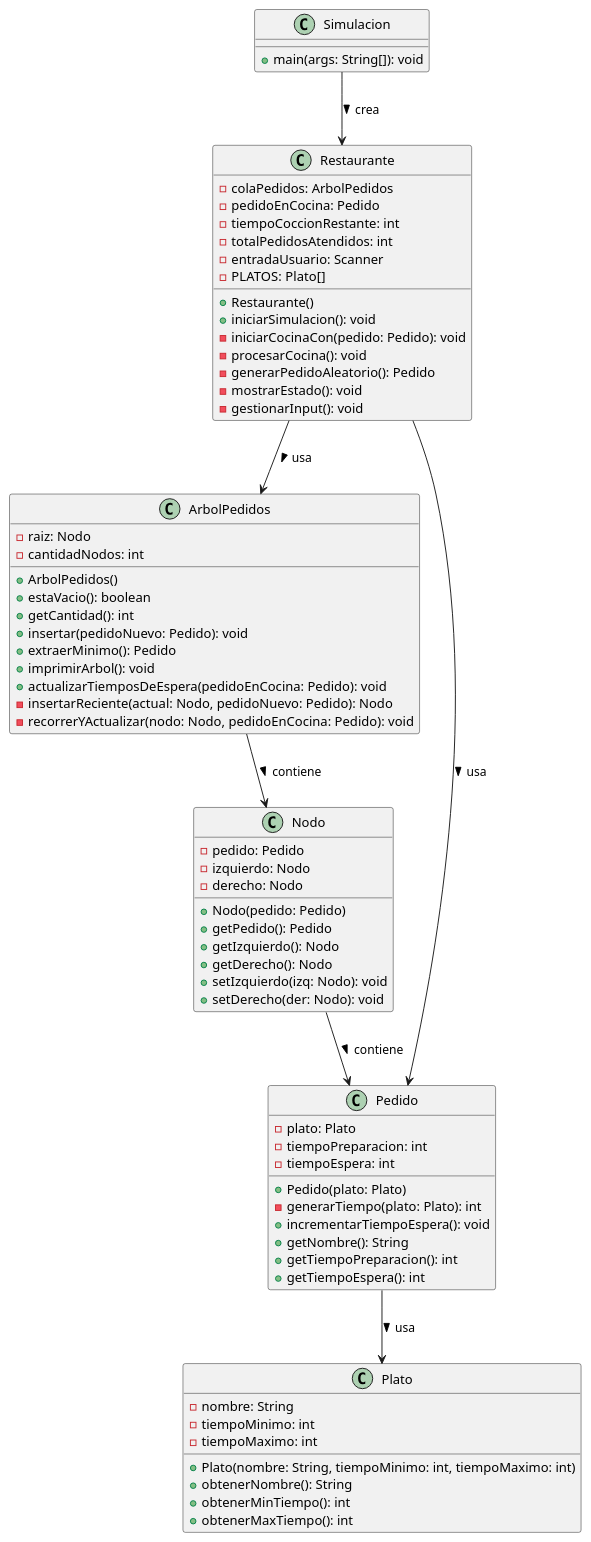
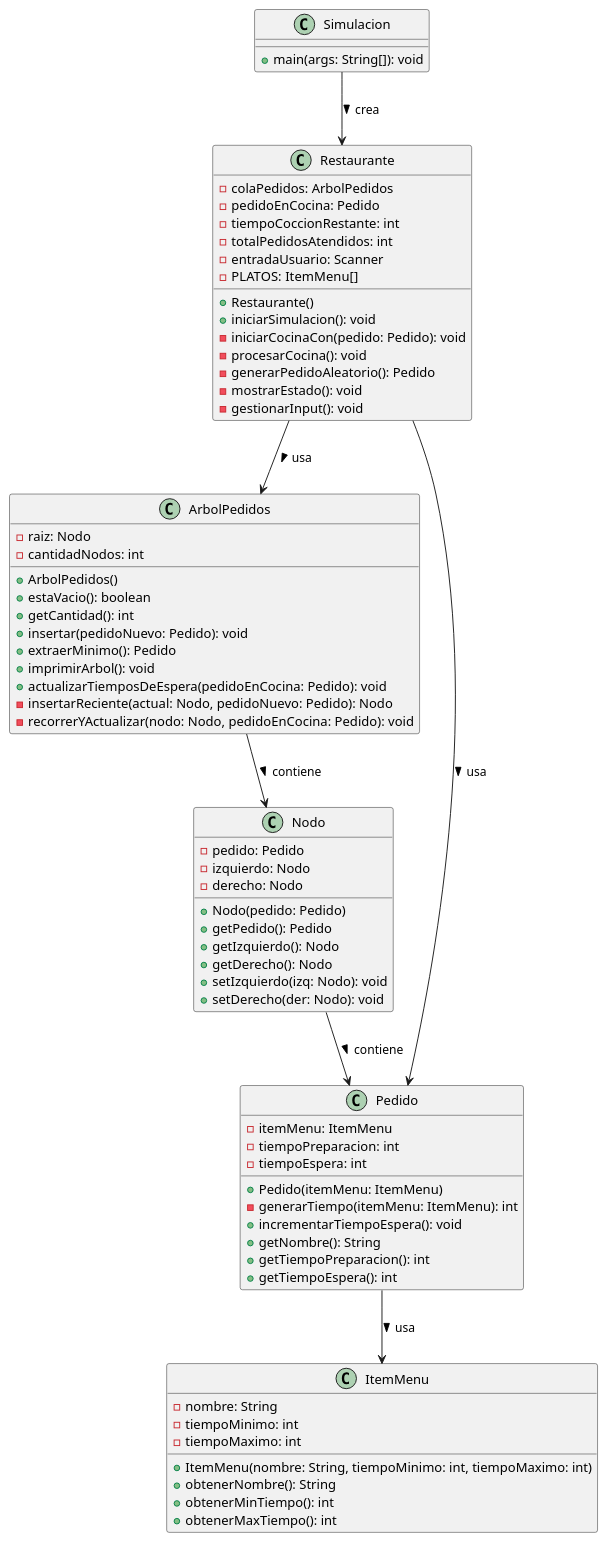
One commit to mmasias/25-26-EDA1 changed the diagram in entregas/chaoZhen/documentosUML/Propuesta_Restaurante.puml. Above: the diagram before and after it, drawn with PlantUML. The commit also changed 2 other files, not shown here.

Commit message:
feat(docs): debido a los recientes cambios se ha planteado un nuevo UML del Programa diseñar

```diff
--- a/entregas/chaoZhen/documentosUML/Propuesta_Restaurante.puml
+++ b/entregas/chaoZhen/documentosUML/Propuesta_Restaurante.puml
@@ -1,82 +1,80 @@
 @startuml
 
 top to bottom direction
-
 
 class Simulacion {
     + main(args: String[]): void
 }
 
 class Restaurante {
     - colaPedidos: ArbolPedidos
     - pedidoEnCocina: Pedido
     - tiempoCoccionRestante: int
     - totalPedidosAtendidos: int
     - entradaUsuario: Scanner
-    - PLATOS: Plato[]
+    - PLATOS: ItemMenu[]
     + Restaurante()
     + iniciarSimulacion(): void
     - iniciarCocinaCon(pedido: Pedido): void
     - procesarCocina(): void
     - generarPedidoAleatorio(): Pedido
     - mostrarEstado(): void
     - gestionarInput(): void
 }
 
 class ArbolPedidos {
     - raiz: Nodo
     - cantidadNodos: int
     + ArbolPedidos()
     + estaVacio(): boolean
     + getCantidad(): int
     + insertar(pedidoNuevo: Pedido): void
     + extraerMinimo(): Pedido
     + imprimirArbol(): void
     + actualizarTiemposDeEspera(pedidoEnCocina: Pedido): void
     - insertarReciente(actual: Nodo, pedidoNuevo: Pedido): Nodo
     - recorrerYActualizar(nodo: Nodo, pedidoEnCocina: Pedido): void
 }
 
 class Nodo {
     - pedido: Pedido
     - izquierdo: Nodo
     - derecho: Nodo
     + Nodo(pedido: Pedido)
     + getPedido(): Pedido
     + getIzquierdo(): Nodo
     + getDerecho(): Nodo
     + setIzquierdo(izq: Nodo): void
     + setDerecho(der: Nodo): void
 }
 
 class Pedido {
-    - plato: Plato
+    - itemMenu: ItemMenu
     - tiempoPreparacion: int
     - tiempoEspera: int
-    + Pedido(plato: Plato)
-    - generarTiempo(plato: Plato): int
+    + Pedido(itemMenu: ItemMenu)
+    - generarTiempo(itemMenu: ItemMenu): int
     + incrementarTiempoEspera(): void
     + getNombre(): String
     + getTiempoPreparacion(): int
     + getTiempoEspera(): int
 }
 
-class Plato {
+class ItemMenu {
     - nombre: String
     - tiempoMinimo: int
     - tiempoMaximo: int
-    + Plato(nombre: String, tiempoMinimo: int, tiempoMaximo: int)
+    + ItemMenu(nombre: String, tiempoMinimo: int, tiempoMaximo: int)
     + obtenerNombre(): String
     + obtenerMinTiempo(): int
     + obtenerMaxTiempo(): int
 }
-
 
 Simulacion --> Restaurante : crea >
 Restaurante --> ArbolPedidos : usa >
 Restaurante --> Pedido : usa >
 ArbolPedidos --> Nodo : contiene >
 Nodo --> Pedido : contiene >
-Pedido --> Plato : usa >
+Pedido --> ItemMenu : usa >
 
 @enduml
```
